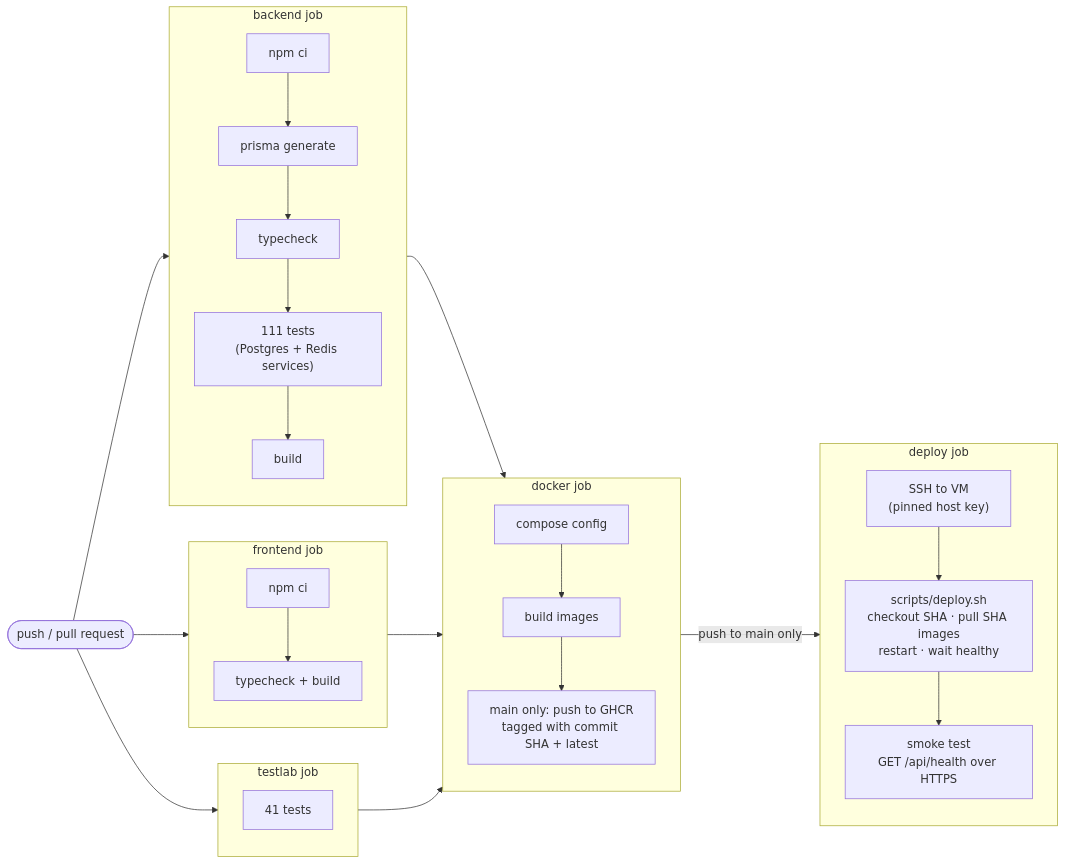
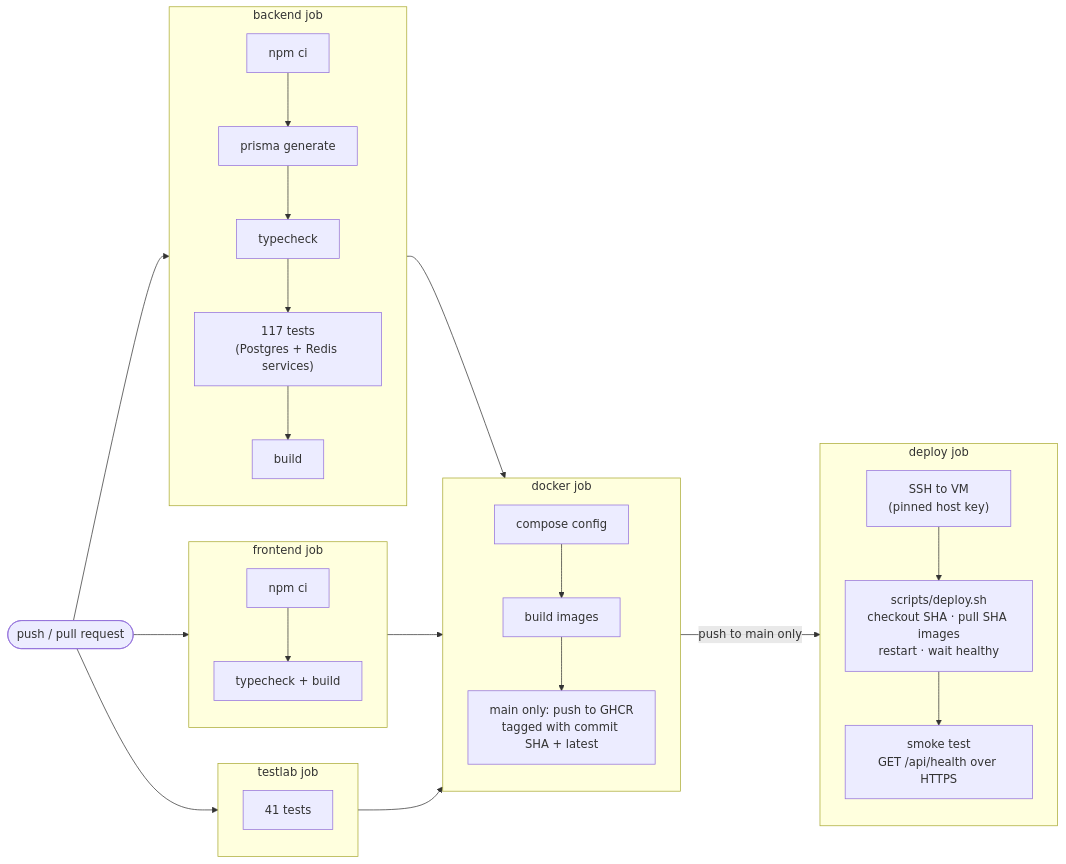
The tenth of 11 diagrams in README.md (ashutosh-lodha/UptimeHQ), drawn with Mermaid before and after one commit. The commit also changed other lines of this file and 8 other files, not shown here.

````diff
--- a/README.md
+++ b/README.md
@@ -785,21 +785,21 @@
 ```mermaid
 flowchart LR
     push(["push / pull request"]) --> be & fe & tl
     subgraph be["backend job"]
-        b1["npm ci"] --> b2["prisma generate"] --> b3["typecheck"] --> b4["111 tests<br/>(Postgres + Redis services)"] --> b5["build"]
+        b1["npm ci"] --> b2["prisma generate"] --> b3["typecheck"] --> b4["117 tests<br/>(Postgres + Redis services)"] --> b5["build"]
     end
     subgraph fe["frontend job"]
         f1["npm ci"] --> f2["typecheck + build"]
     end
     subgraph tl["testlab job"]
         t1["41 tests"]
     end
     be & fe & tl --> dk
     subgraph dk["docker job"]
         d1["compose config"] --> d2["build images"] --> d3["main only: push to GHCR<br/>tagged with commit SHA + latest"]
     end
     dk -->|"push to main only"| dp
     subgraph dp["deploy job"]
         p1["SSH to VM<br/>(pinned host key)"] --> p2["scripts/deploy.sh<br/>checkout SHA · pull SHA images<br/>restart · wait healthy"] --> p3["smoke test<br/>GET /api/health over HTTPS"]
     end
 ```
````
